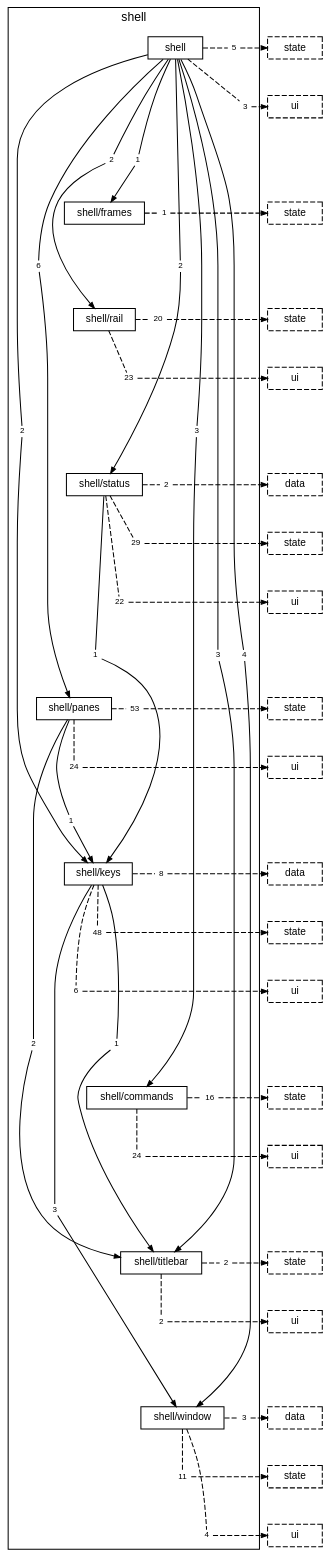
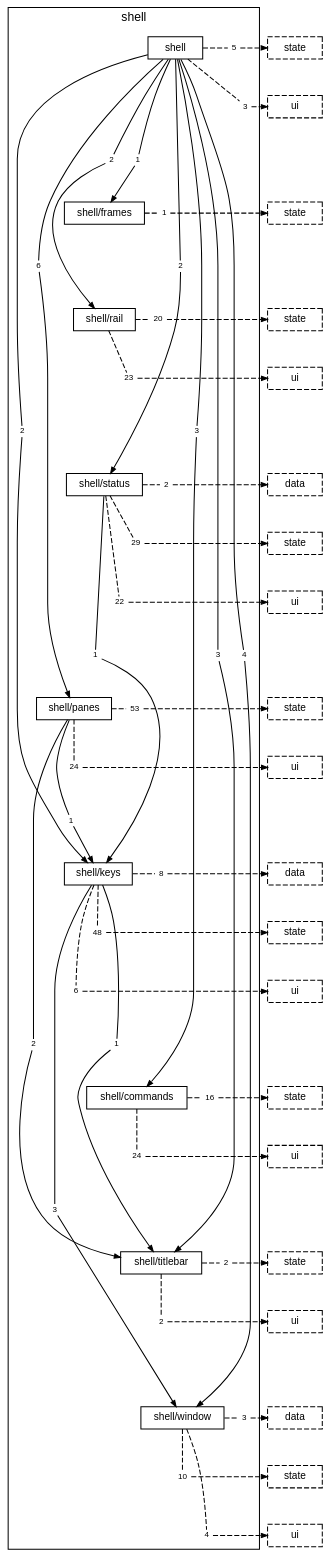
One commit to TheAxeC/oculus changed the diagram in docs/diagrams/layer-shell.dot. Above: the diagram before and after it, drawn with Graphviz. The commit also changed 503 other files, not shown here.

```diff
--- a/docs/diagrams/layer-shell.dot
+++ b/docs/diagrams/layer-shell.dot
@@ -44,7 +44,7 @@
         "folder shell/titlebar to layer state" [label="2", shape=box, color="transparent", fontsize=8, width=0, height=0, margin="0.04,0.02"];
         "folder shell/titlebar to layer ui" [label="2", shape=box, color="transparent", fontsize=8, width=0, height=0, margin="0.04,0.02"];
         "folder shell/window to layer data" [label="3", shape=box, color="transparent", fontsize=8, width=0, height=0, margin="0.04,0.02"];
-        "folder shell/window to layer state" [label="11", shape=box, color="transparent", fontsize=8, width=0, height=0, margin="0.04,0.02"];
+        "folder shell/window to layer state" [label="10", shape=box, color="transparent", fontsize=8, width=0, height=0, margin="0.04,0.02"];
         "folder shell/window to layer ui" [label="4", shape=box, color="transparent", fontsize=8, width=0, height=0, margin="0.04,0.02"];
     }
     "layer state from folder shell" [label="state", style=dashed];
```
